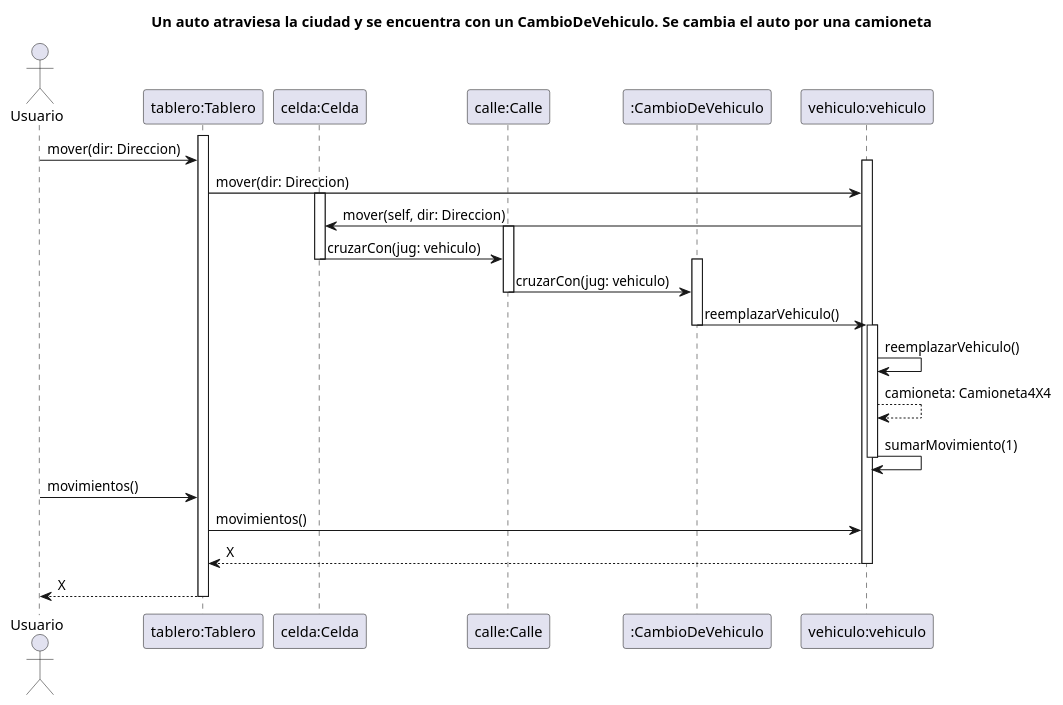
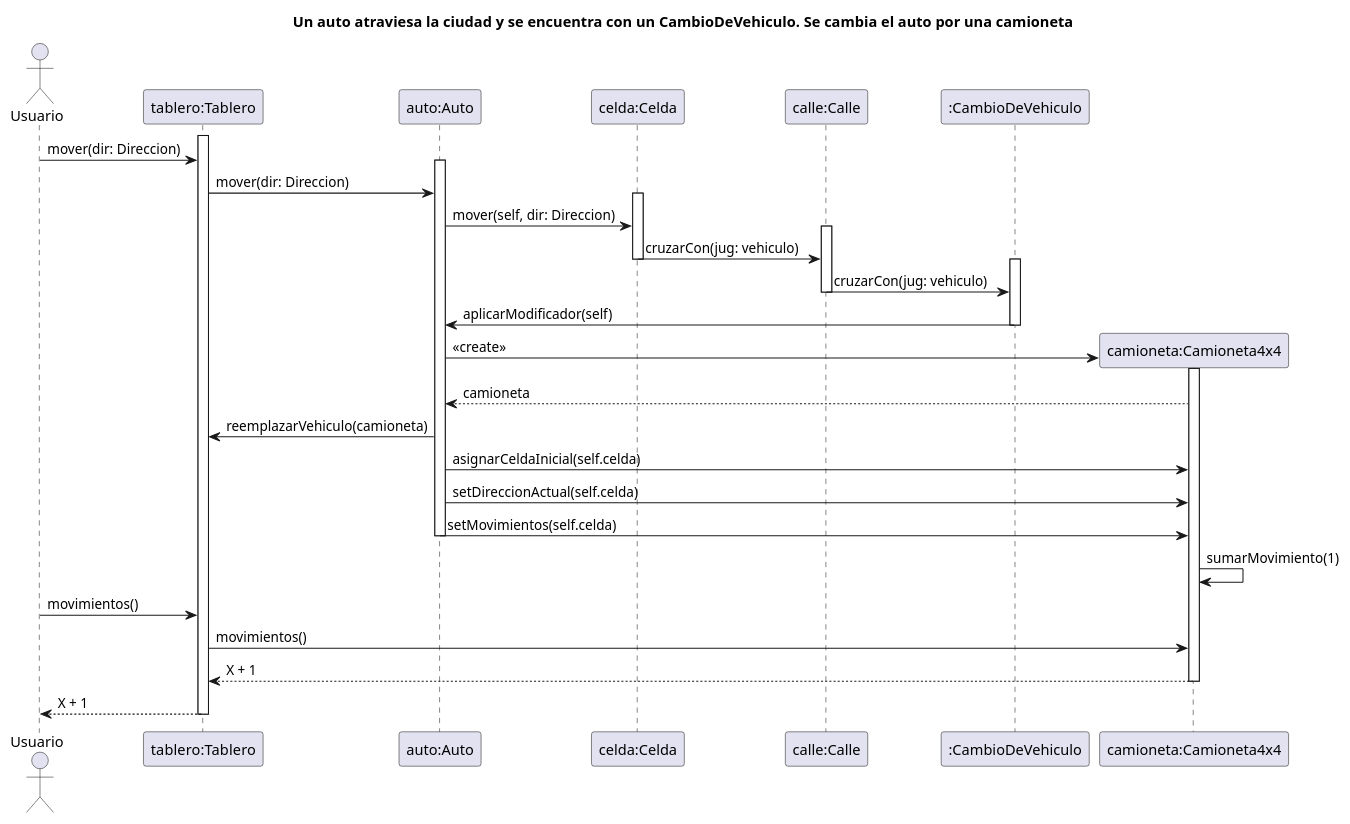
Before and after one commit to emtello/algo3_tp2_1C2022: the diagram in diagrams/sequences/SecuenciaAutoCambiaVehiculo/SecuenciaAutoCambiaVehiculo.puml, drawn with PlantUML. The commit also changed 23 other files, not shown here.

Commit message:
Actualización de todos los diagramas de secuencia

```diff
--- a/diagrams/sequences/SecuenciaAutoCambiaVehiculo/SecuenciaAutoCambiaVehiculo.puml
+++ b/diagrams/sequences/SecuenciaAutoCambiaVehiculo/SecuenciaAutoCambiaVehiculo.puml
@@ -1,64 +1,69 @@
  @startuml SecuenciaAutoCambiaVehiculo
 ' Caso de uso 
 ' Un auto atraviesa la ciudad y se encuentra con un CambioDeVehiculo. Se cambia el auto.por una camioneta.
 
 title Un auto atraviesa la ciudad y se encuentra con un CambioDeVehiculo. Se cambia el auto por una camioneta
 
 Actor Usuario as user
 participant "tablero:Tablero" as tablero
-participant "vehiculo:vehiculo" as vehiculo
+participant "auto:Auto" as vehiculo
 participant "celda:Celda" as celda
 participant "calle:Calle" as calle
 participant ":CambioDeVehiculo" as cambioDeVehiculo
-participant "auto:Vehiculo" as vehiculo
+participant "camioneta:Camioneta4x4" as nuevovehiculo
 
 activate tablero
 
 user -> tablero: mover(dir: Direccion)
 
 activate vehiculo
 
 tablero -> vehiculo: mover(dir: Direccion)
 
 activate celda
 
 vehiculo -> celda: mover(self, dir: Direccion)
 
 activate calle
 
 celda -> calle: cruzarCon(jug: vehiculo)
 
 deactivate celda
 
 activate cambioDeVehiculo
 
 calle -> cambioDeVehiculo: cruzarCon(jug: vehiculo)
 
 deactivate calle
 
-cambioDeVehiculo -> vehiculo: reemplazarVehiculo()
+cambioDeVehiculo -> vehiculo: aplicarModificador(self)
+
+create nuevovehiculo
 
 deactivate cambioDeVehiculo
-activate vehiculo
-
-vehiculo -> vehiculo : reemplazarVehiculo()
-
-vehiculo --> vehiculo : camioneta: Camioneta4X4 
-
-vehiculo -> vehiculo: sumarMovimiento(1)
+vehiculo -> nuevovehiculo: <<create>>
+activate nuevovehiculo
+nuevovehiculo --> vehiculo: camioneta
+vehiculo -> tablero: reemplazarVehiculo(camioneta)
+vehiculo -> nuevovehiculo: asignarCeldaInicial(self.celda)
+vehiculo -> nuevovehiculo: setDireccionActual(self.celda)
+vehiculo -> nuevovehiculo: setMovimientos(self.celda)
 
 deactivate vehiculo
+nuevovehiculo -> nuevovehiculo: sumarMovimiento(1)
+
 
 deactivate celda
 
 user -> tablero: movimientos()
 
-tablero -> vehiculo: movimientos()
-vehiculo --> tablero: X 
-deactivate vehiculo
+tablero -> nuevovehiculo: movimientos()
+nuevovehiculo --> tablero: X + 1
 
-tablero --> user: X
+deactivate nuevovehiculo
+
+tablero --> user: X + 1
 
 deactivate tablero
 
 @enduml
```
